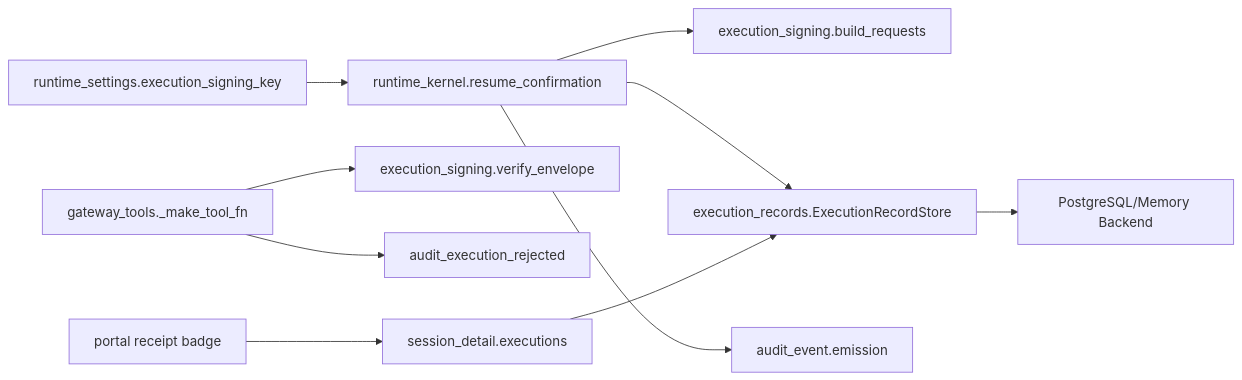
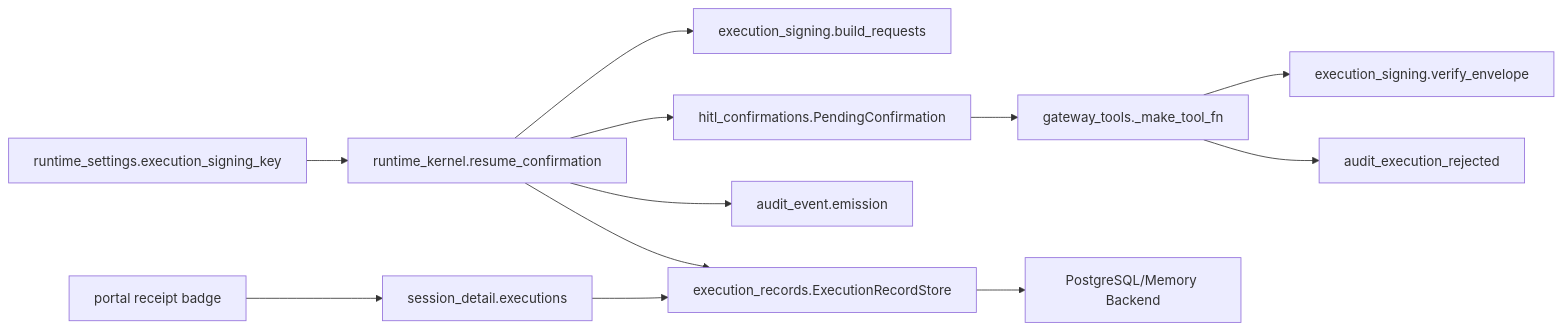
One commit to metasync/luban-aiops changed the ninth of 9 diagrams in .qoder/repowiki/en/content/Architecture Documentation/SPEC-037_ Signed Execution Requests and Receipts.md. Above: the diagram before and after it, drawn with Mermaid. The commit also changed other lines of this file and 169 other files, not shown here.

````diff
--- a/.qoder/repowiki/en/content/Architecture Documentation/SPEC-037_ Signed Execution Requests and Receipts.md
+++ b/.qoder/repowiki/en/content/Architecture Documentation/SPEC-037_ Signed Execution Requests and Receipts.md
@@ -314,12 +347,14 @@
 ```mermaid
 graph LR
 RS["runtime_settings.execution_signing_key"] --> RK["runtime_kernel.resume_confirmation"]
 RK --> ES["execution_signing.build_requests"]
 RK --> ER["execution_records.ExecutionRecordStore"]
 RK --> AE["audit_event.emission"]
-GT["gateway_tools._make_tool_fn"] --> EV["execution_signing.verify_envelope"]
+RK --> HC["hitl_confirmations.PendingConfirmation"]
+HC --> GT["gateway_tools._make_tool_fn"]
+GT --> EV["execution_signing.verify_envelope"]
 GT --> AR["audit_execution_rejected"]
 ER --> DB["PostgreSQL/Memory Backend"]
 UI["portal receipt badge"] --> SD["session_detail.executions"]
 SD --> ER
 ```
````
